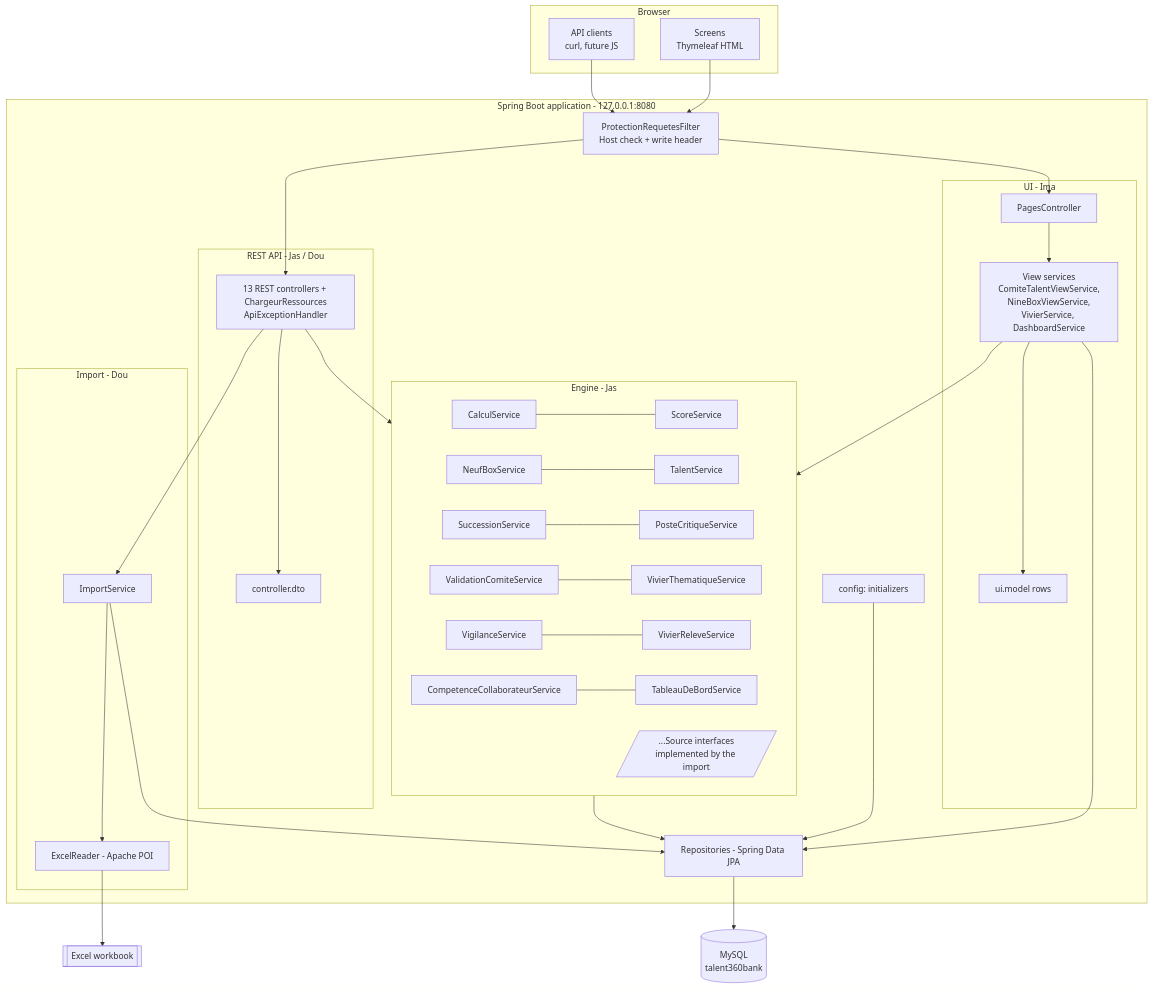
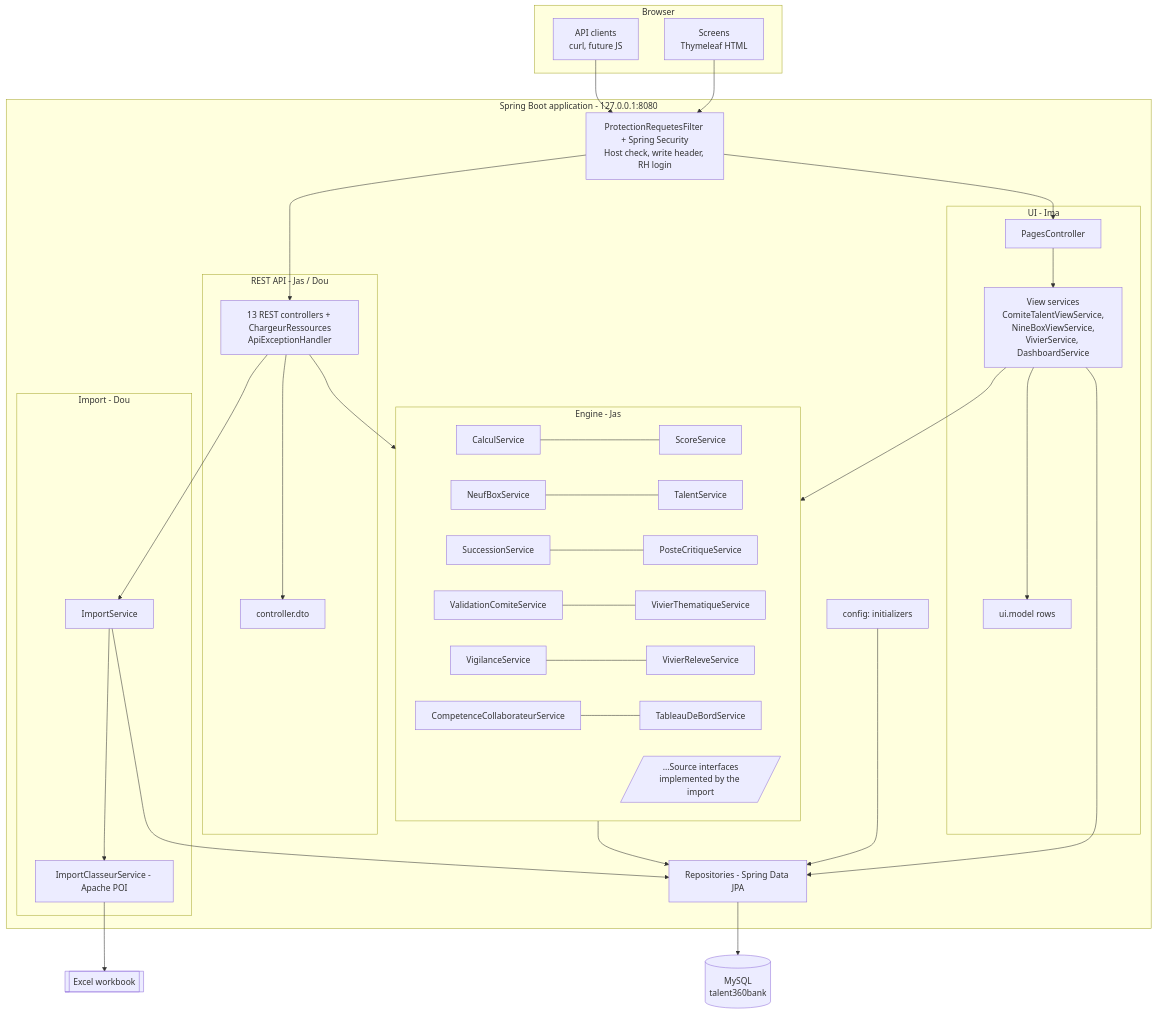
One commit to yasmine-kh/RH-project changed the second of 5 diagrams in docs/guide-developpeur.md. Above: the diagram before and after it, drawn with Mermaid. The commit also changed other lines of this file and 44 other files, not shown here.

````diff
--- a/docs/guide-developpeur.md
+++ b/docs/guide-developpeur.md
@@ -136,47 +138,47 @@
 ```mermaid
 flowchart TB
     subgraph Browser
         UI[Screens<br/>Thymeleaf HTML]
         CLI[API clients<br/>curl, future JS]
     end
     subgraph App[Spring Boot application - 127.0.0.1:8080]
-        F[ProtectionRequetesFilter<br/>Host check + write header]
+        F[ProtectionRequetesFilter + Spring Security<br/>Host check, write header, RH login]
         subgraph UIL[UI - Ima]
             PC[PagesController] --> VS[View services<br/>ComiteTalentViewService,<br/>NineBoxViewService,<br/>VivierService, DashboardService]
             VS --> UM[ui.model rows]
         end
         subgraph API[REST API - Jas / Dou]
             RC[13 REST controllers + ChargeurRessources<br/>ApiExceptionHandler] --> DTO[controller.dto]
         end
         subgraph ENG[Engine - Jas]
             CS[CalculService] --- SS[ScoreService]
             NB[NeufBoxService] --- TS[TalentService]
             SU[SuccessionService] --- PCS[PosteCritiqueService]
             VC[ValidationComiteService] --- VT[VivierThematiqueService]
             VG[VigilanceService] --- VR[VivierReleveService]
             CE[CompetenceCollaborateurService] --- TB[TableauDeBordService]
             SRC[/...Source interfaces<br/>implemented by the import/]
         end
         subgraph IMP[Import - Dou]
-            IS[ImportService] --> ER[ExcelReader - Apache POI]
+            IS[ImportService] --> ER[ImportClasseurService - Apache POI]
         end
         REPO[Repositories - Spring Data JPA]
         CFG[config: initializers]
     end
     DB[(MySQL<br/>talent360bank)]
     XL[[Excel workbook]]
 
     UI --> F
     CLI --> F
     F --> PC
     F --> RC
     VS --> ENG
     RC --> ENG
     RC --> IS
     ER --> XL
     ENG --> REPO
     IS --> REPO
     VS --> REPO
     CFG --> REPO
     REPO --> DB
 ```
````
